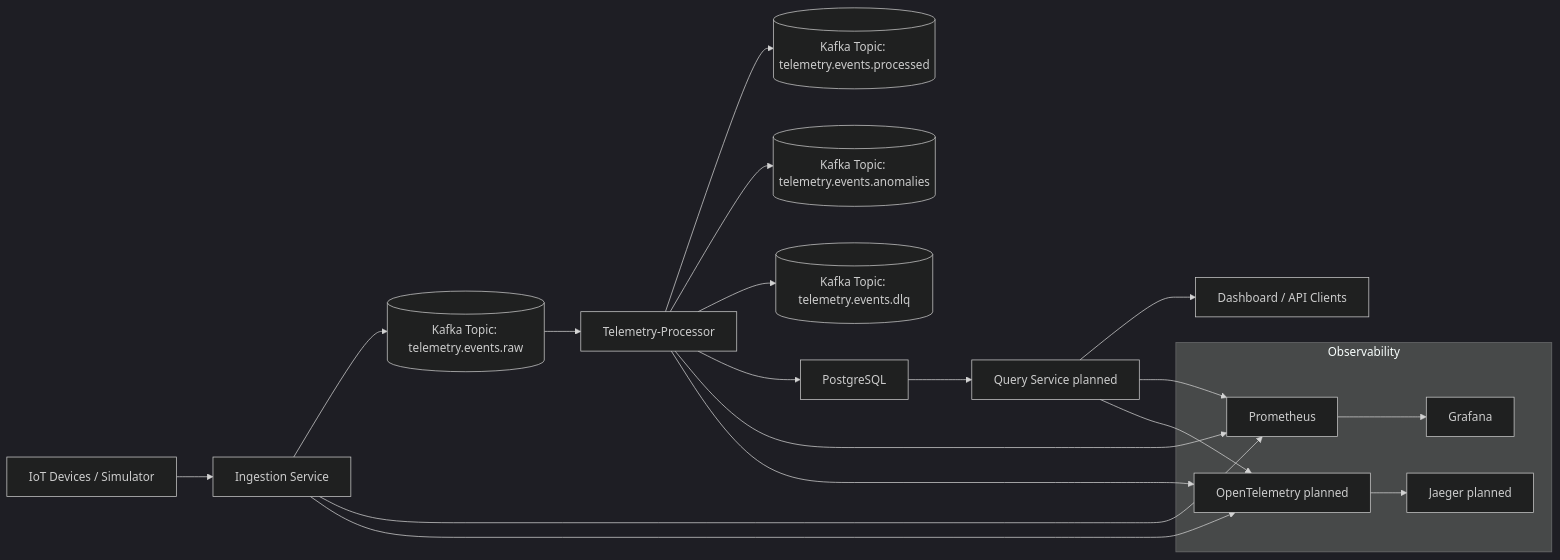
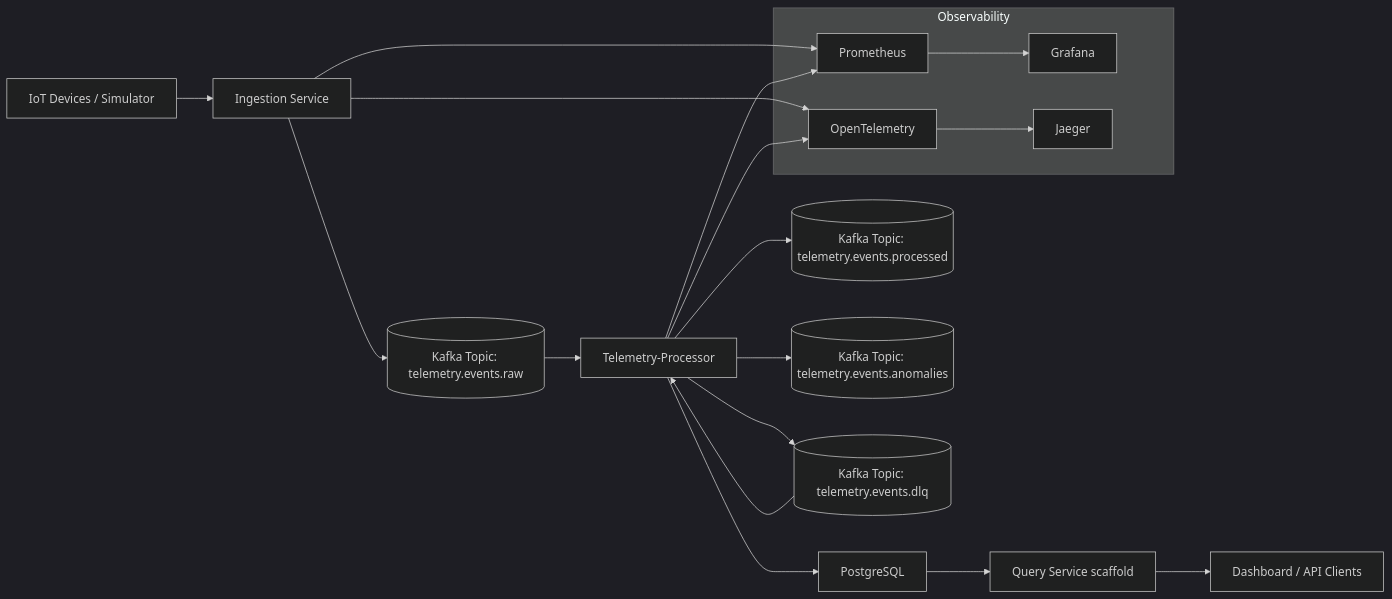
One commit to ME-Massine/pulsestream changed the diagram in docs/diagrams/system-architecture.md. Above: the diagram before and after it, drawn with Mermaid (dark theme). The commit also changed other lines of this file and 12 other files, not shown here.

Commit message:
docs: synchronize roadmap, project state, and diagrams for Phase 7 (#261)

````diff
--- a/docs/diagrams/system-architecture.md
+++ b/docs/diagrams/system-architecture.md
@@ -5,32 +5,32 @@
 ```mermaid
 flowchart LR
     A[IoT Devices / Simulator] --> B[Ingestion Service]
     B --> T1[(Kafka Topic: telemetry.events.raw)]
 
     T1 --> C[Telemetry-Processor]
     C --> T2[(Kafka Topic: telemetry.events.processed )]
     C --> T3[(Kafka Topic: telemetry.events.anomalies)]
     C --> T4[(Kafka Topic: telemetry.events.dlq)]
 
+    T4 --> C
+
     C --> D[PostgreSQL]
-    D --> E[Query Service planned]
+    D --> E[Query Service scaffold]
     E --> F[Dashboard / API Clients]
 
     subgraph Observability
         P[Prometheus]
         G[Grafana]
-        O[OpenTelemetry planned]
-        J[Jaeger planned]
+        O[OpenTelemetry]
+        J[Jaeger]
     end
 
     B --> P
     C --> P
-    E --> P
 
     B --> O
     C --> O
-    E --> O
 
     P --> G
     O --> J
 ```
````
